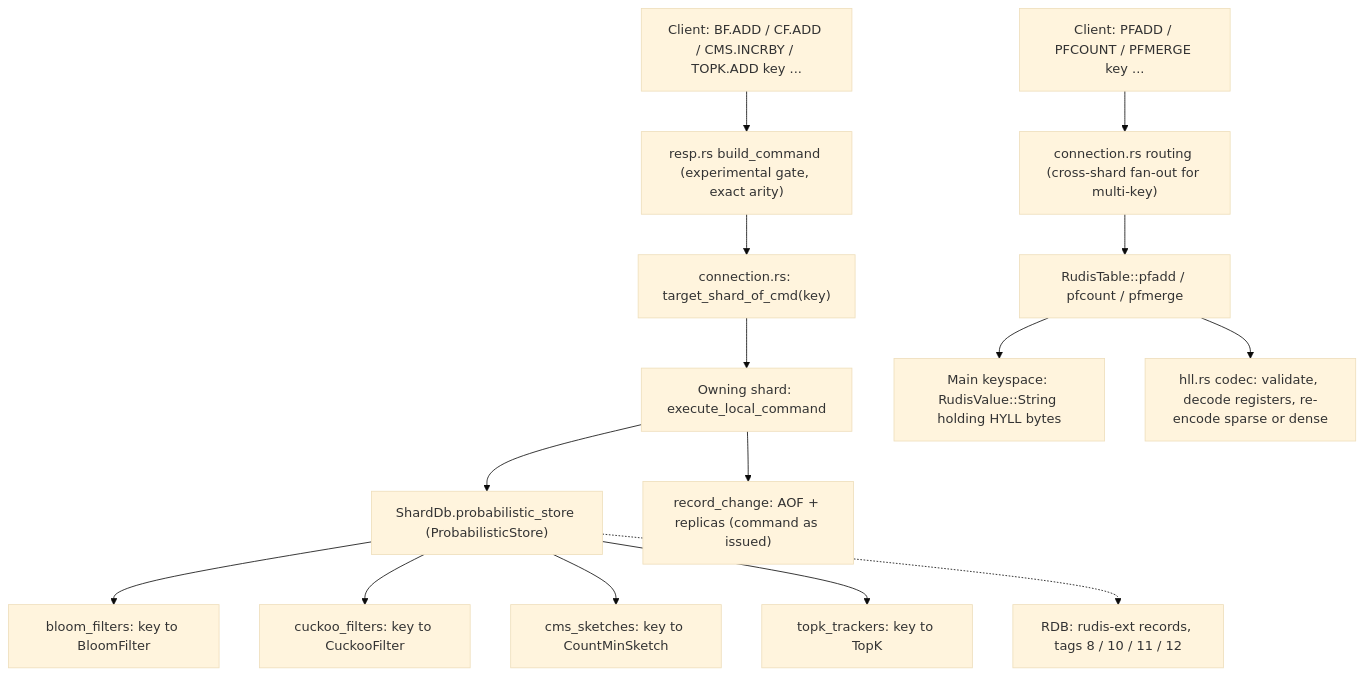
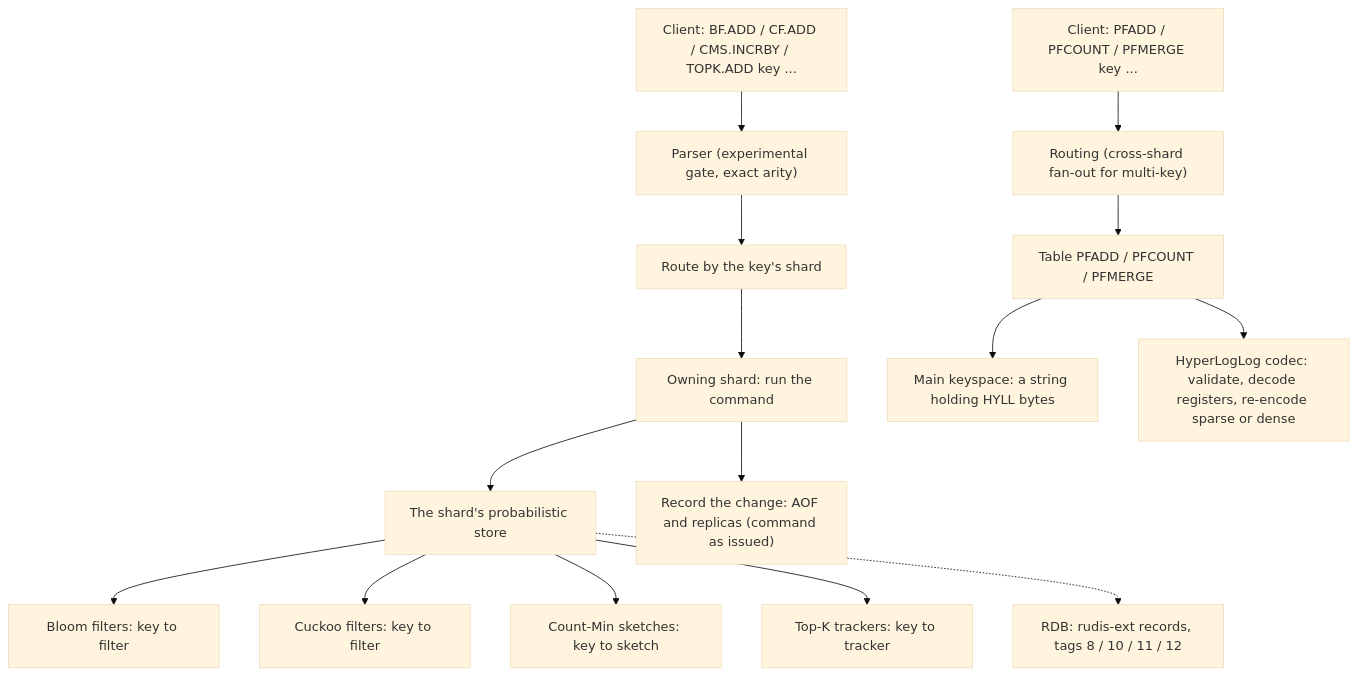
The diagram in docs/internal/18_probabilistic.md (warrenzhu25/rudis), drawn with Mermaid (base theme) before and after one commit. The commit also changed other lines of this file, not shown here.

First line of the commit message:
docs(internal): rewrite probabilistic structures guide in the prose-first style

````diff
--- a/docs/internal/18_probabilistic.md
+++ b/docs/internal/18_probabilistic.md
@@ -41,18 +41,18 @@
 ```mermaid
 flowchart TD
-    C["Client: BF.ADD / CF.ADD / CMS.INCRBY / TOPK.ADD key ..."] --> P["resp.rs build_command (experimental gate, exact arity)"]
-    P --> R["connection.rs: target_shard_of_cmd(key)"]
-    R --> S["Owning shard: execute_local_command"]
-    S --> PS["ShardDb.probabilistic_store (ProbabilisticStore)"]
-    PS --> BF["bloom_filters: key to BloomFilter"]
-    PS --> CF["cuckoo_filters: key to CuckooFilter"]
-    PS --> CMS["cms_sketches: key to CountMinSketch"]
-    PS --> TK["topk_trackers: key to TopK"]
-    S --> LOG["record_change: AOF + replicas (command as issued)"]
+    C["Client: BF.ADD / CF.ADD / CMS.INCRBY / TOPK.ADD key ..."] --> P["Parser (experimental gate, exact arity)"]
+    P --> R["Route by the key's shard"]
+    R --> S["Owning shard: run the command"]
+    S --> PS["The shard's probabilistic store"]
+    PS --> BF["Bloom filters: key to filter"]
+    PS --> CF["Cuckoo filters: key to filter"]
+    PS --> CMS["Count-Min sketches: key to sketch"]
+    PS --> TK["Top-K trackers: key to tracker"]
+    S --> LOG["Record the change: AOF and replicas (command as issued)"]
     PS -.-> RDB["RDB: rudis-ext records, tags 8 / 10 / 11 / 12"]
 
-    H["Client: PFADD / PFCOUNT / PFMERGE key ..."] --> R2["connection.rs routing (cross-shard fan-out for multi-key)"]
-    R2 --> T["RudisTable::pfadd / pfcount / pfmerge"]
-    T --> KS["Main keyspace: RudisValue::String holding HYLL bytes"]
-    T --> HLL["hll.rs codec: validate, decode registers, re-encode sparse or dense"]
+    H["Client: PFADD / PFCOUNT / PFMERGE key ..."] --> R2["Routing (cross-shard fan-out for multi-key)"]
+    R2 --> T["Table PFADD / PFCOUNT / PFMERGE"]
+    T --> KS["Main keyspace: a string holding HYLL bytes"]
+    T --> HLL["HyperLogLog codec: validate, decode registers, re-encode sparse or dense"]
 ```
````
